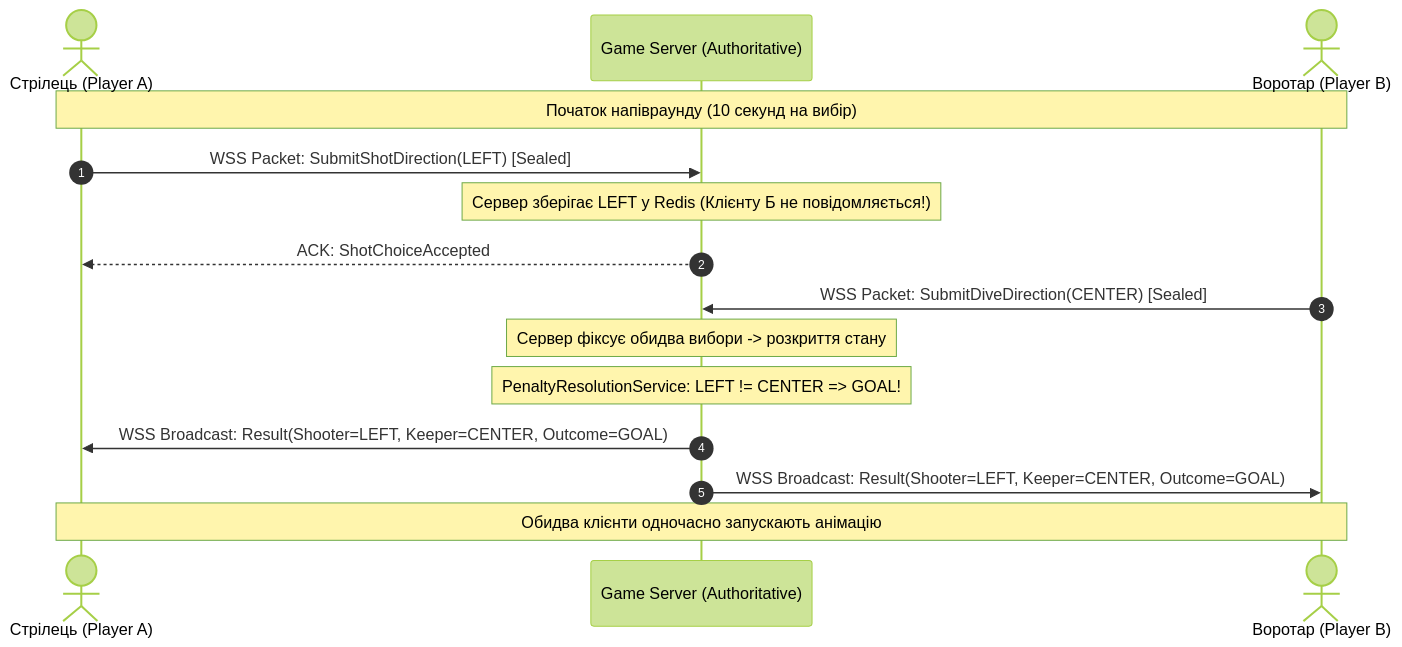
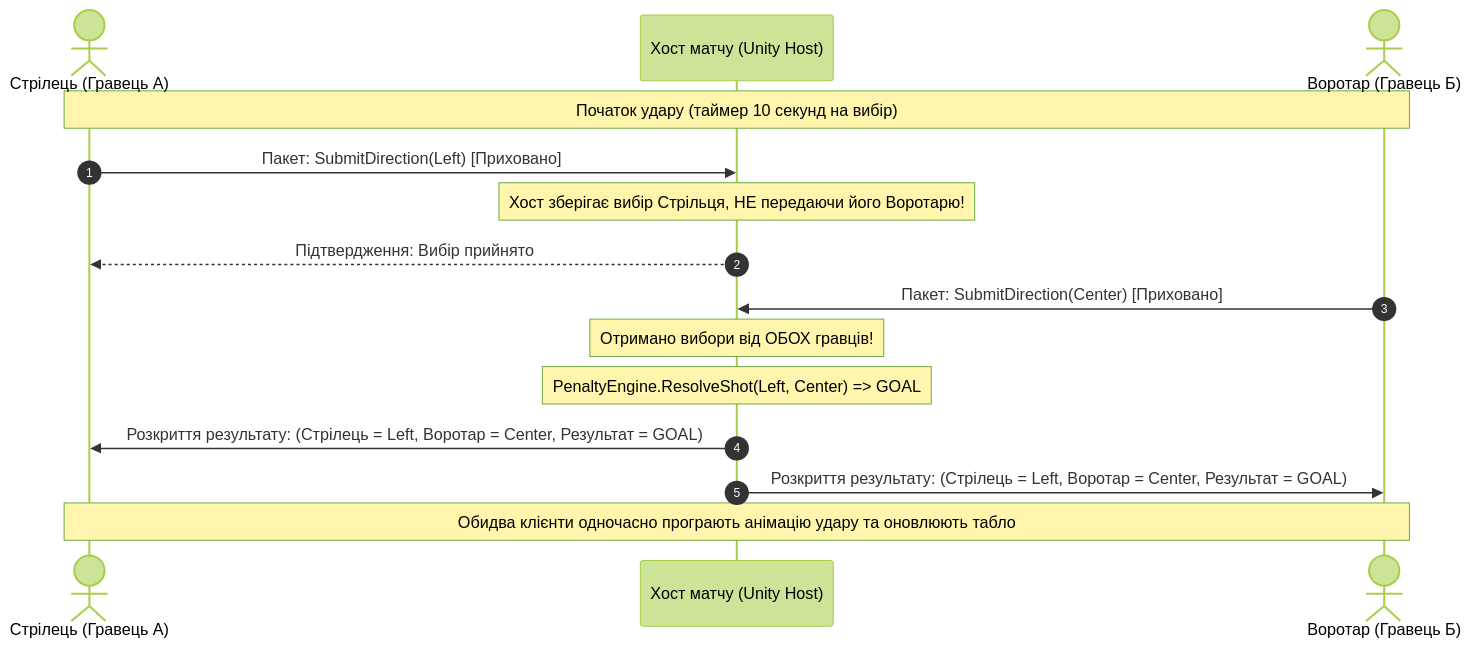
Before and after one commit to L-Lawliet69/program-security--lab-2026-mykhailo-zaporozhchenko: the third of 4 diagrams in docs/architecture.md, drawn with Mermaid (forest theme). The commit also changed other lines of this file and 19 other files, not shown here.

````diff
--- a/docs/architecture.md
+++ b/docs/architecture.md
@@ -102,18 +108,18 @@
 ```mermaid
 sequenceDiagram
     autonumber
-    actor Shooter as Стрілець (Player A)
-    participant Server as Game Server (Authoritative)
-    actor Keeper as Воротар (Player B)
+    actor PlayerA as Стрілець (Гравець А)
+    participant Host as Хост матчу (Unity Host)
+    actor PlayerB as Воротар (Гравець Б)
 
-    Note over Shooter,Keeper: Початок напівраунду (10 секунд на вибір)
-    Shooter->>Server: WSS Packet: SubmitShotDirection(LEFT) [Sealed]
-    Note over Server: Сервер зберігає LEFT у Redis (Клієнту Б не повідомляється!)
-    Server-->>Shooter: ACK: ShotChoiceAccepted
-    Keeper->>Server: WSS Packet: SubmitDiveDirection(CENTER) [Sealed]
-    Note over Server: Сервер фіксує обидва вибори -> розкриття стану
-    Note over Server: PenaltyResolutionService: LEFT != CENTER => GOAL!
-    Server->>Shooter: WSS Broadcast: Result(Shooter=LEFT, Keeper=CENTER, Outcome=GOAL)
-    Server->>Keeper: WSS Broadcast: Result(Shooter=LEFT, Keeper=CENTER, Outcome=GOAL)
-    Note over Shooter,Keeper: Обидва клієнти одночасно запускають анімацію
+    Note over PlayerA,PlayerB: Початок удару (таймер 10 секунд на вибір)
+    PlayerA->>Host: Пакет: SubmitDirection(Left) [Приховано]
+    Note over Host: Хост зберігає вибір Стрільця, НЕ передаючи його Воротарю!
+    Host-->>PlayerA: Підтвердження: Вибір прийнято
+    PlayerB->>Host: Пакет: SubmitDirection(Center) [Приховано]
+    Note over Host: Отримано вибори від ОБОХ гравців!
+    Note over Host: PenaltyEngine.ResolveShot(Left, Center) => GOAL
+    Host->>PlayerA: Розкриття результату: (Стрілець = Left, Воротар = Center, Результат = GOAL)
+    Host->>PlayerB: Розкриття результату: (Стрілець = Left, Воротар = Center, Результат = GOAL)
+    Note over PlayerA,PlayerB: Обидва клієнти одночасно програють анімацію удару та оновлюють табло
 ```
````
